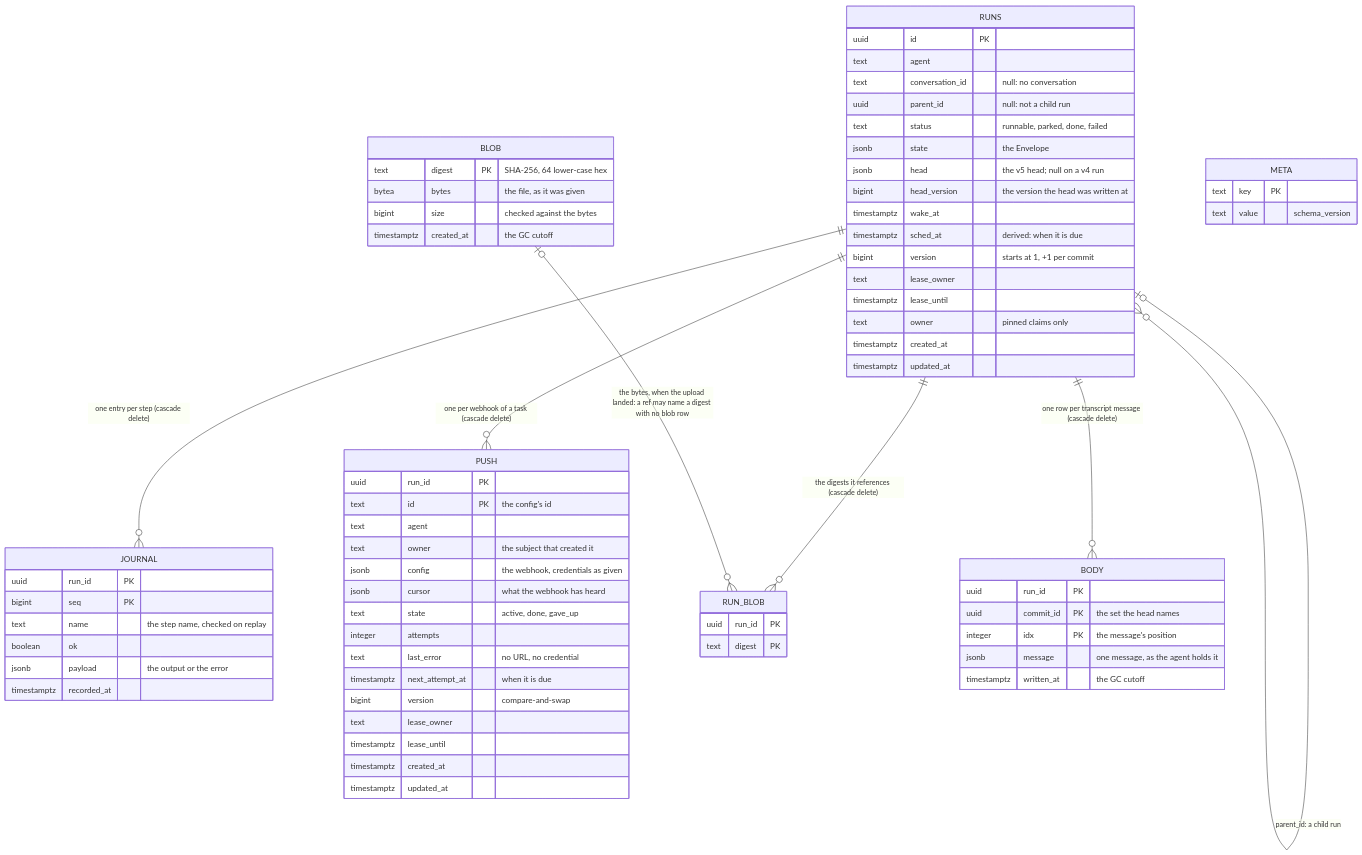
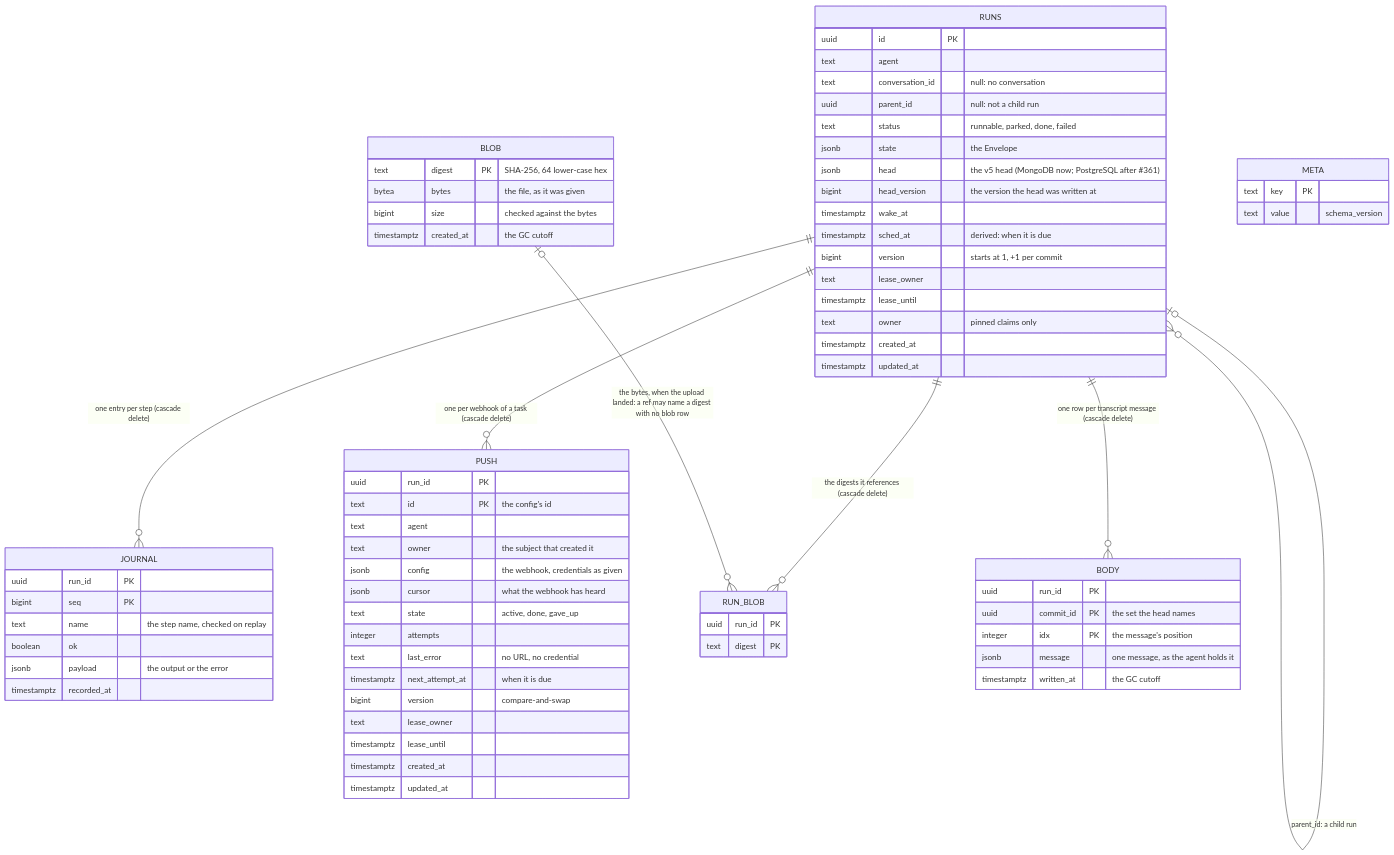
One commit to vymalo/another-adam-rs changed diagram 16 of 26 in docs/architecture.md. Above: the diagram before and after it, drawn with Mermaid. The commit also changed other lines of this file and 13 other files, not shown here.

````diff
--- a/docs/architecture.md
+++ b/docs/architecture.md
@@ -911,73 +913,73 @@
 ```mermaid
 erDiagram
     RUNS ||--o{ JOURNAL : "one entry per step (cascade delete)"
     RUNS ||--o{ PUSH : "one per webhook of a task (cascade delete)"
     RUNS ||--o{ RUN_BLOB : "the digests it references (cascade delete)"
     RUNS ||--o{ BODY : "one row per transcript message (cascade delete)"
     BLOB |o--o{ RUN_BLOB : "the bytes, when the upload landed: a ref may name a digest with no blob row"
     RUNS |o--o{ RUNS : "parent_id: a child run"
     RUNS {
         uuid id PK
         text agent
         text conversation_id "null: no conversation"
         uuid parent_id "null: not a child run"
         text status "runnable, parked, done, failed"
         jsonb state "the Envelope"
-        jsonb head "the v5 head; null on a v4 run"
+        jsonb head "the v5 head (MongoDB now; PostgreSQL after #361)"
         bigint head_version "the version the head was written at"
         timestamptz wake_at
         timestamptz sched_at "derived: when it is due"
         bigint version "starts at 1, +1 per commit"
         text lease_owner
         timestamptz lease_until
         text owner "pinned claims only"
         timestamptz created_at
         timestamptz updated_at
     }
     JOURNAL {
         uuid run_id PK
         bigint seq PK
         text name "the step name, checked on replay"
         boolean ok
         jsonb payload "the output or the error"
         timestamptz recorded_at
     }
     PUSH {
         uuid run_id PK
         text id PK "the config's id"
         text agent
         text owner "the subject that created it"
         jsonb config "the webhook, credentials as given"
         jsonb cursor "what the webhook has heard"
         text state "active, done, gave_up"
         integer attempts
         text last_error "no URL, no credential"
         timestamptz next_attempt_at "when it is due"
         bigint version "compare-and-swap"
         text lease_owner
         timestamptz lease_until
         timestamptz created_at
         timestamptz updated_at
     }
     BLOB {
         text digest PK "SHA-256, 64 lower-case hex"
         bytea bytes "the file, as it was given"
         bigint size "checked against the bytes"
         timestamptz created_at "the GC cutoff"
     }
     RUN_BLOB {
         uuid run_id PK
         text digest PK
     }
     BODY {
         uuid run_id PK
         uuid commit_id PK "the set the head names"
         integer idx PK "the message's position"
         jsonb message "one message, as the agent holds it"
         timestamptz written_at "the GC cutoff"
     }
     META {
         text key PK
         text value "schema_version"
     }
 ```
````
